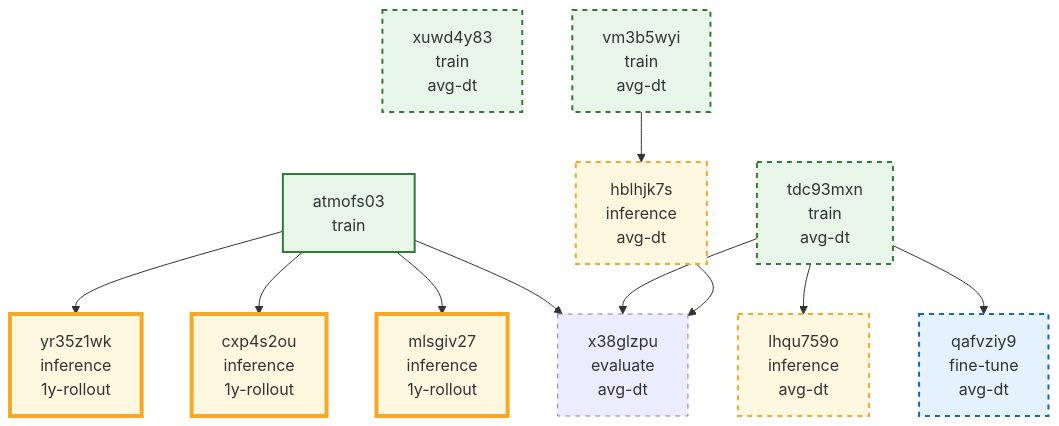
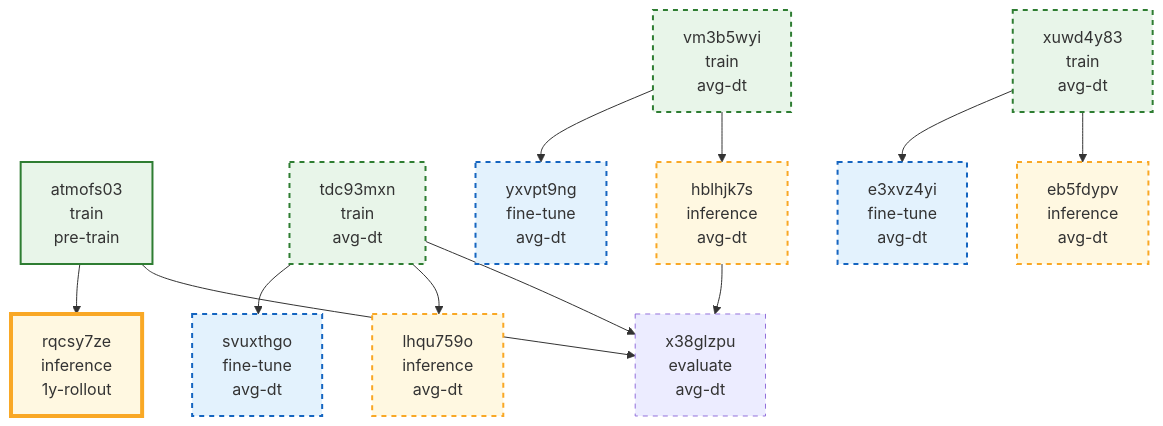
The diagram in run_lineage.mmd (evenmn/run-id-tracker), drawn with Mermaid before and after one commit. The commit also changed 1 other file, not shown here.

Commit message:
Update run lineage README

```diff
--- a/run_lineage.mmd
+++ b/run_lineage.mmd
@@ -1,51 +1,56 @@
 flowchart TD
 
-    run_atmofs03["atmofs03<br/>train"]
-    run_mlsgiv27["mlsgiv27<br/>inference<br/>1y-rollout"]
-    run_cxp4s2ou["cxp4s2ou<br/>inference<br/>1y-rollout"]
-    run_yr35z1wk["yr35z1wk<br/>inference<br/>1y-rollout"]
+    run_atmofs03["atmofs03<br/>train<br/>pre-train"]
+    run_rqcsy7ze["rqcsy7ze<br/>inference<br/>1y-rollout"]
     run_xuwd4y83["xuwd4y83<br/>train<br/>avg-dt"]
     run_vm3b5wyi["vm3b5wyi<br/>train<br/>avg-dt"]
     run_tdc93mxn["tdc93mxn<br/>train<br/>avg-dt"]
-    run_qafvziy9["qafvziy9<br/>fine-tune<br/>avg-dt"]
+    run_e3xvz4yi["e3xvz4yi<br/>fine-tune<br/>avg-dt"]
+    run_yxvpt9ng["yxvpt9ng<br/>fine-tune<br/>avg-dt"]
+    run_svuxthgo["svuxthgo<br/>fine-tune<br/>avg-dt"]
+    run_eb5fdypv["eb5fdypv<br/>inference<br/>avg-dt"]
     run_hblhjk7s["hblhjk7s<br/>inference<br/>avg-dt"]
     run_lhqu759o["lhqu759o<br/>inference<br/>avg-dt"]
     run_x38glzpu["x38glzpu<br/>evaluate<br/>avg-dt"]
 
-    run_atmofs03 --> run_mlsgiv27
-    run_atmofs03 --> run_cxp4s2ou
-    run_atmofs03 --> run_yr35z1wk
-    run_tdc93mxn --> run_qafvziy9
+    run_atmofs03 --> run_rqcsy7ze
+    run_xuwd4y83 --> run_e3xvz4yi
+    run_vm3b5wyi --> run_yxvpt9ng
+    run_tdc93mxn --> run_svuxthgo
+    run_xuwd4y83 --> run_eb5fdypv
     run_vm3b5wyi --> run_hblhjk7s
     run_tdc93mxn --> run_lhqu759o
     run_atmofs03 --> run_x38glzpu
     run_tdc93mxn --> run_x38glzpu
     run_hblhjk7s --> run_x38glzpu
 
     class run_atmofs03 type_train;
-    class run_mlsgiv27 type_inference;
-    class run_mlsgiv27 category_1y_rollout;
-    class run_cxp4s2ou type_inference;
-    class run_cxp4s2ou category_1y_rollout;
-    class run_yr35z1wk type_inference;
-    class run_yr35z1wk category_1y_rollout;
+    class run_atmofs03 category_pre_train;
+    class run_rqcsy7ze type_inference;
+    class run_rqcsy7ze category_1y_rollout;
     class run_xuwd4y83 type_train;
     class run_xuwd4y83 category_avg_dt;
     class run_vm3b5wyi type_train;
     class run_vm3b5wyi category_avg_dt;
     class run_tdc93mxn type_train;
     class run_tdc93mxn category_avg_dt;
-    class run_qafvziy9 type_fine_tune;
-    class run_qafvziy9 category_avg_dt;
+    class run_e3xvz4yi type_fine_tune;
+    class run_e3xvz4yi category_avg_dt;
+    class run_yxvpt9ng type_fine_tune;
+    class run_yxvpt9ng category_avg_dt;
+    class run_svuxthgo type_fine_tune;
+    class run_svuxthgo category_avg_dt;
+    class run_eb5fdypv type_inference;
+    class run_eb5fdypv category_avg_dt;
     class run_hblhjk7s type_inference;
     class run_hblhjk7s category_avg_dt;
     class run_lhqu759o type_inference;
     class run_lhqu759o category_avg_dt;
     class run_x38glzpu type_evaluate;
     class run_x38glzpu category_avg_dt;
 
     classDef type_fine_tune fill:#e3f2fd,stroke:#1565c0,stroke-width:2px;
     classDef type_inference fill:#fff8e1,stroke:#f9a825,stroke-width:2px;
     classDef type_train fill:#e8f5e9,stroke:#2e7d32,stroke-width:2px;
     classDef category_1y_rollout stroke-width:4px;
     classDef category_avg_dt stroke-dasharray:5 5;
```
